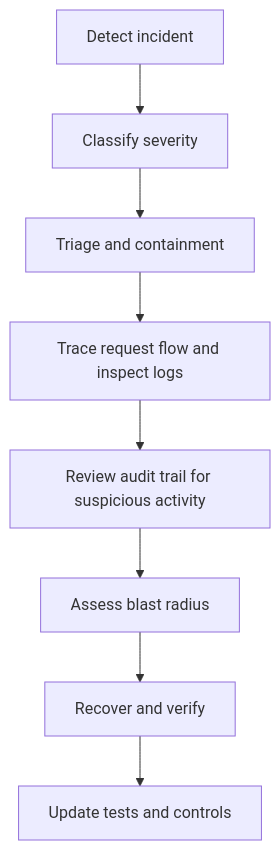
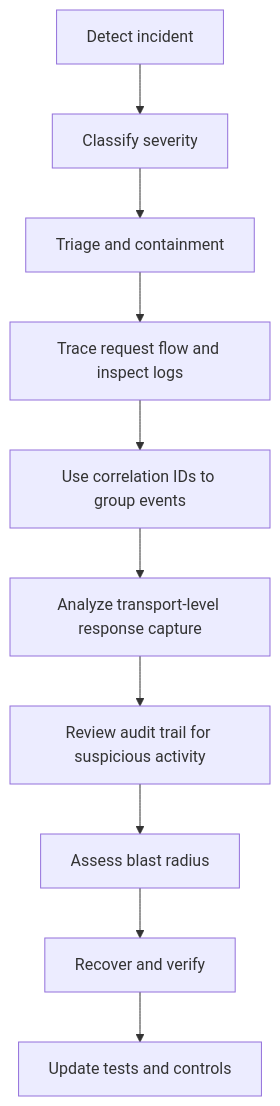
Before and after one commit to debian777/kairos-mcp: the fourth of 5 diagrams in .qoder/repowiki/en/content/Security Considerations.md, drawn with Mermaid. The commit also changed other lines of this file and 24 other files, not shown here.

First line of the commit message:
fix(audit): capture response at transport.send() level

````diff
--- a/.qoder/repowiki/en/content/Security Considerations.md
+++ b/.qoder/repowiki/en/content/Security Considerations.md
@@ -321,10 +362,12 @@
 ```mermaid
 flowchart TD
 Detect["Detect incident"] --> Classify["Classify severity"]
 Classify --> Triage["Triage and containment"]
 Triage --> Trace["Trace request flow and inspect logs"]
-Trace --> AuditTrail["Review audit trail for suspicious activity"]
+Trace --> Correlation["Use correlation IDs to group events"]
+Correlation --> TransportIntercept["Analyze transport-level response capture"]
+TransportIntercept --> AuditTrail["Review audit trail for suspicious activity"]
 AuditTrail --> Assess["Assess blast radius"]
 Assess --> Recover["Recover and verify"]
 Recover --> Lessons["Update tests and controls"]
 ```
````
